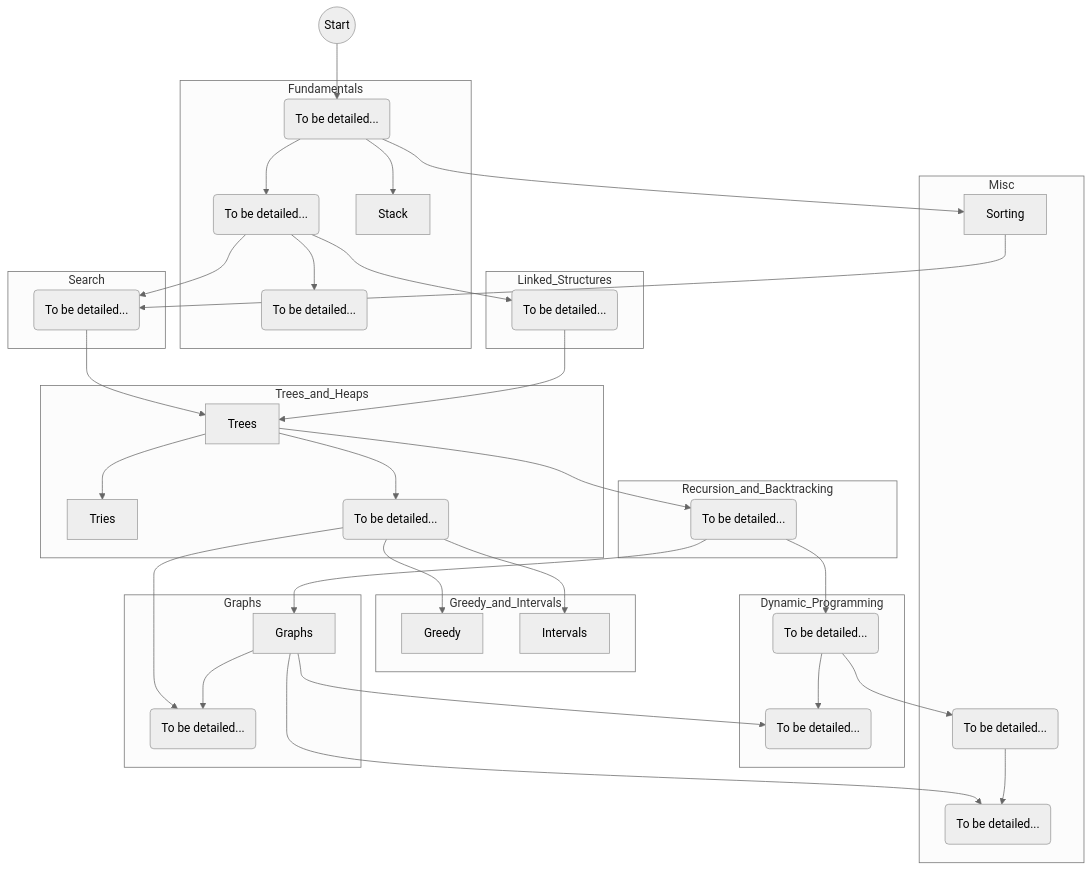
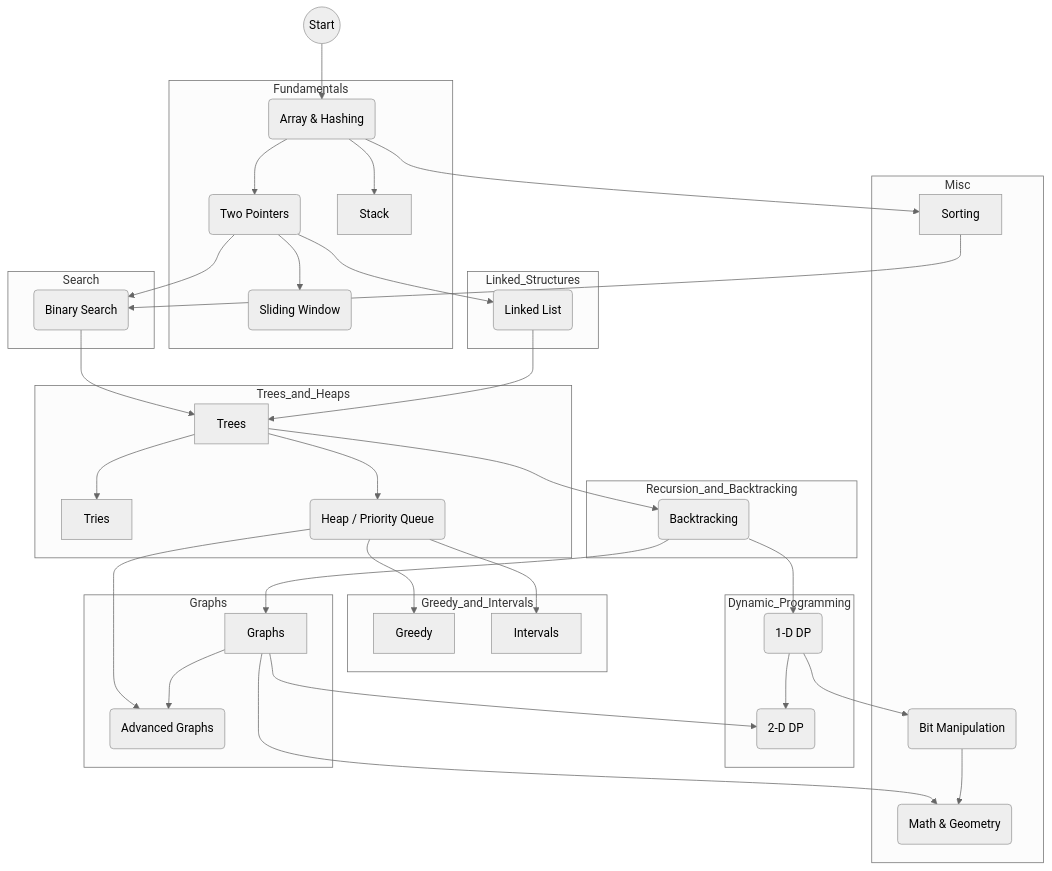
One commit to Ankur-glitchtracer/docs changed the diagram in dsa/ROADMAP.md. Above: the diagram before and after it, drawn with Mermaid (neutral theme). The commit also changed 1 other file, not shown here.

Commit message:
Update design patterns and DSA roadmaps with specific topics

```diff
--- a/dsa/ROADMAP.md
+++ b/dsa/ROADMAP.md
@@ -6,38 +6,38 @@
 Start((Start))
 
 subgraph Fundamentals
-A(To be detailed...)
-B(To be detailed...)
+A(Array & Hashing)
+B(Two Pointers)
 C[Stack]
-D(To be detailed...)
+D(Sliding Window)
 end
 
 subgraph Search
-E(To be detailed...)
+E(Binary Search)
 end
 
 subgraph Linked_Structures
-F(To be detailed...)
+F(Linked List)
 end
 
 subgraph Trees_and_Heaps
 G[Trees]
 H[Tries]
-I(To be detailed...)
+I(Heap / Priority Queue)
 end
 
 subgraph Recursion_and_Backtracking
-J(To be detailed...)
+J(Backtracking)
 end
 
 subgraph Graphs
 K[Graphs]
-L(To be detailed...)
+L(Advanced Graphs)
 end
 
 subgraph Dynamic_Programming
-M(To be detailed...)
-N(To be detailed...)
+M(1-D DP)
+N(2-D DP)
 end
 
 subgraph Greedy_and_Intervals
@@ -46,8 +46,8 @@
 end
 
 subgraph Misc
-Q(To be detailed...)
-R(To be detailed...)
+Q(Bit Manipulation)
+R(Math & Geometry)
 S[Sorting]
 end
 
```
